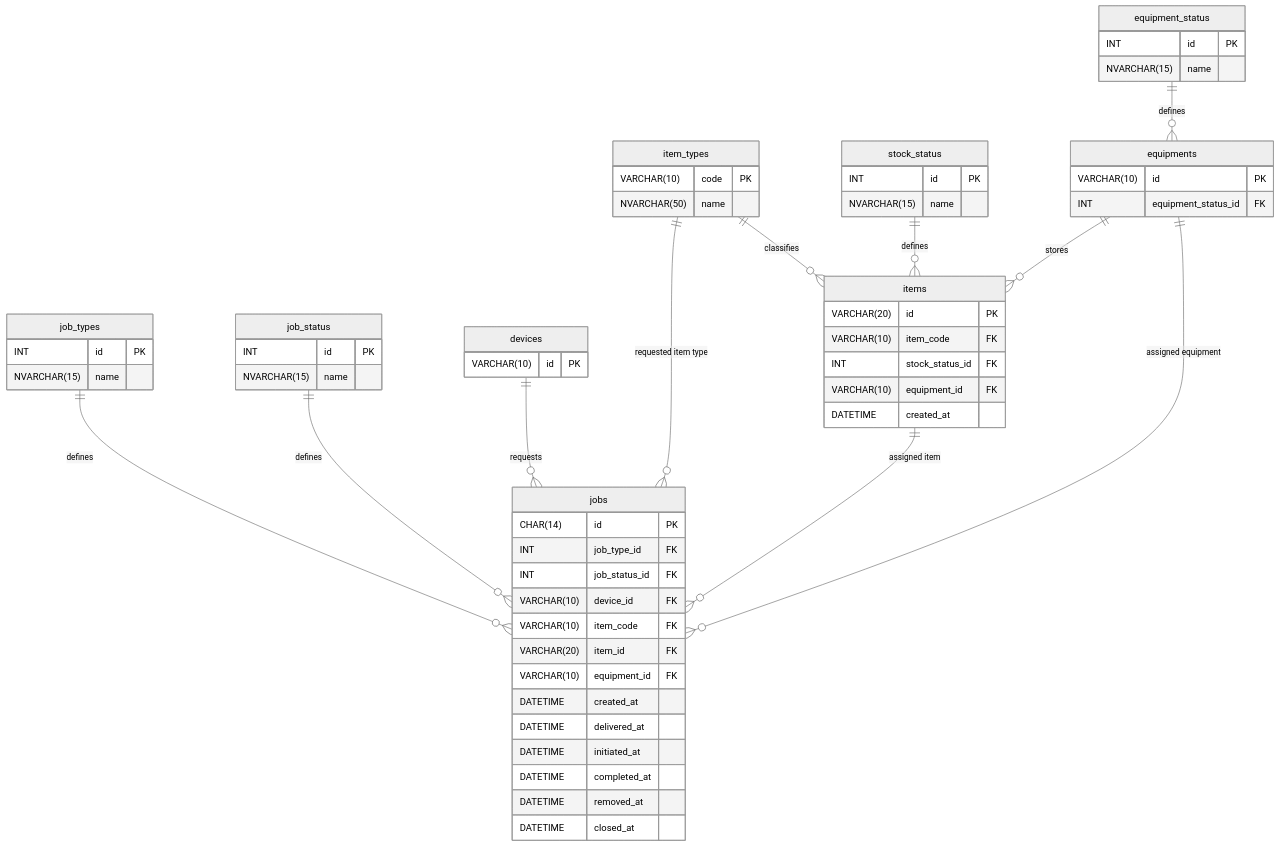
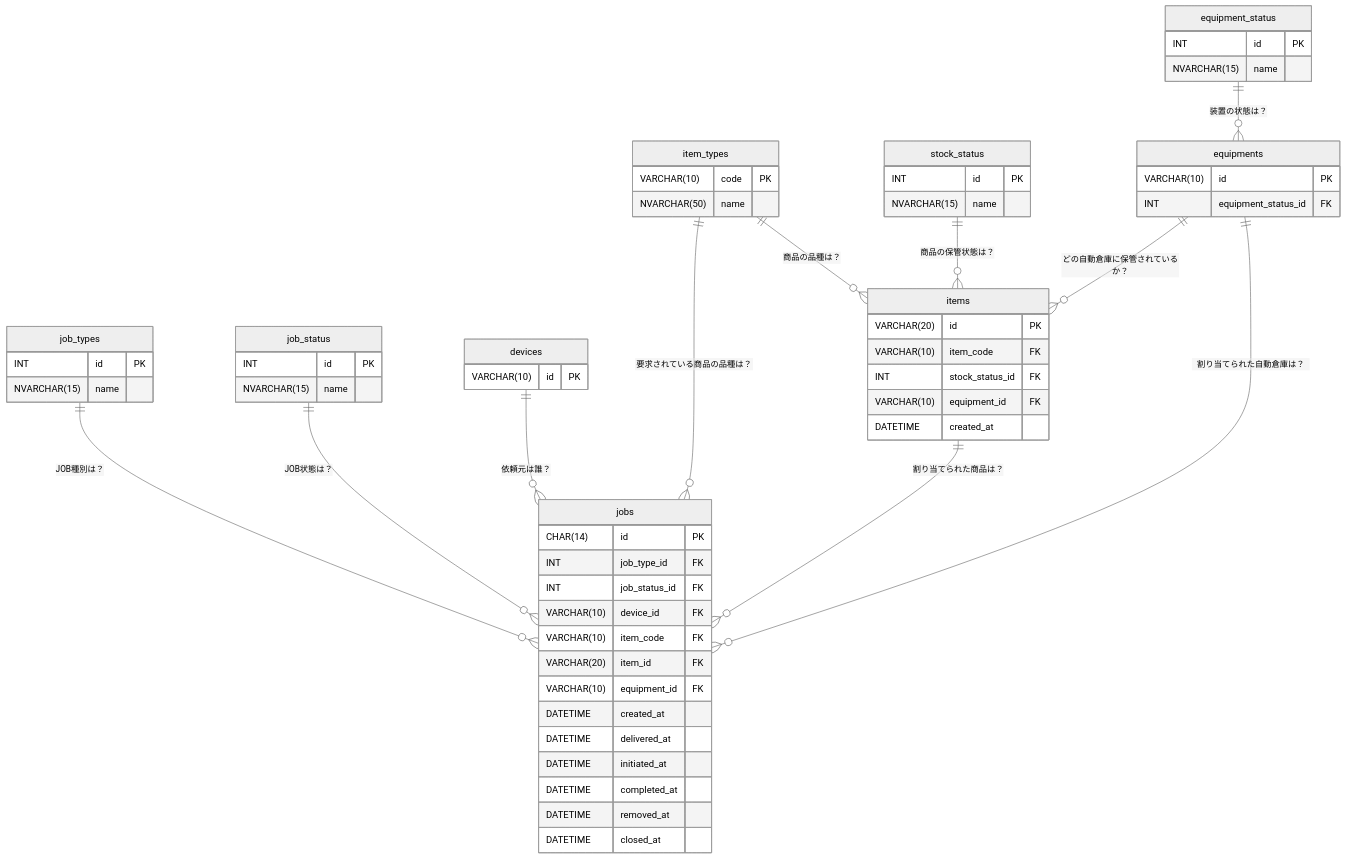
The diagram in docs/server/db_design.md (YE0250OCHI/FinalAssignment_TeamA), drawn with Mermaid (neutral theme) before and after one commit. The commit also changed other lines of this file, not shown here.

````diff
--- a/docs/server/db_design.md
+++ b/docs/server/db_design.md
@@ -184,73 +184,73 @@
 ``` mermaid
 erDiagram
     jobs {
         CHAR(14) id PK
         INT job_type_id FK
         INT job_status_id FK
         VARCHAR(10) device_id FK
         VARCHAR(10) item_code FK
         VARCHAR(20) item_id FK
         VARCHAR(10) equipment_id FK
         DATETIME created_at
         DATETIME delivered_at
         DATETIME initiated_at
         DATETIME completed_at
         DATETIME removed_at
         DATETIME closed_at
     }
 
     items {
         VARCHAR(20) id PK
         VARCHAR(10) item_code FK
         INT stock_status_id FK
         VARCHAR(10) equipment_id FK
         DATETIME created_at
     }
 
     equipments {
         VARCHAR(10) id PK
         INT equipment_status_id FK
     }
 
     devices {
         VARCHAR(10) id PK
     }
 
     item_types {
         VARCHAR(10) code PK
         NVARCHAR(50) name
     }
 
     job_status {
         INT id PK
         NVARCHAR(15) name
     }
 
     job_types {
         INT id PK
         NVARCHAR(15) name
     }
 
     equipment_status {
         INT id PK
         NVARCHAR(15) name
     }
 
     stock_status {
         INT id PK
         NVARCHAR(15) name
     }
 
-    job_types ||--o{ jobs : "defines"
-    job_status ||--o{ jobs : "defines"
-    devices ||--o{ jobs : "requests"
-    item_types ||--o{ jobs : "requested item type"
-    items ||--o{ jobs : "assigned item"
-    equipments ||--o{ jobs : "assigned equipment"
+    job_types ||--o{ jobs : "JOB種別は？"
+    job_status ||--o{ jobs : "JOB状態は？"
+    devices ||--o{ jobs : "依頼元は誰？"
+    item_types ||--o{ jobs : "要求されている商品の品種は？"
+    items ||--o{ jobs : "割り当てられた商品は？"
+    equipments ||--o{ jobs : "割り当てられた自動倉庫は？"
 
-    item_types ||--o{ items : "classifies"
-    stock_status ||--o{ items : "defines"
-    equipments ||--o{ items : "stores"
+    item_types ||--o{ items : "商品の品種は？"
+    stock_status ||--o{ items : "商品の保管状態は？"
+    equipments ||--o{ items : "どの自動倉庫に保管されているか？"
 
-    equipment_status ||--o{ equipments : "defines"
+    equipment_status ||--o{ equipments : "装置の状態は？"
 ```
````
